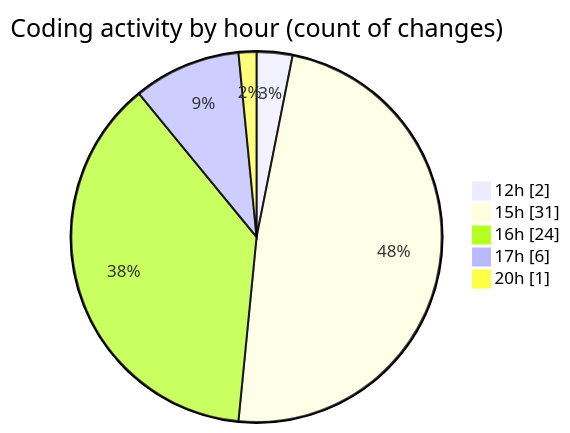
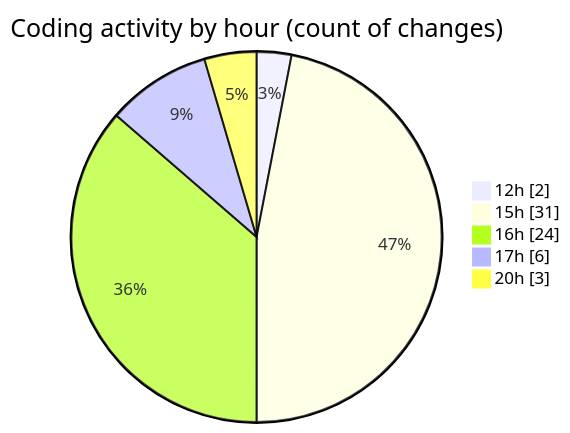
The second of 2 diagrams in 2025-02-26/cda/README.md (momahboobian/code-tracking), drawn with Mermaid before and after one commit. The commit also changed other lines of this file and 1 other file, not shown here.

````diff
--- a/2025-02-26/cda/README.md
+++ b/2025-02-26/cda/README.md
@@ -42,9 +42,9 @@
 ```mermaid
 pie showData
 title Coding activity by hour (count of changes)
 "12h" : 2
 "15h" : 31
 "16h" : 24
 "17h" : 6
-"20h" : 1
+"20h" : 3
 ```
````
